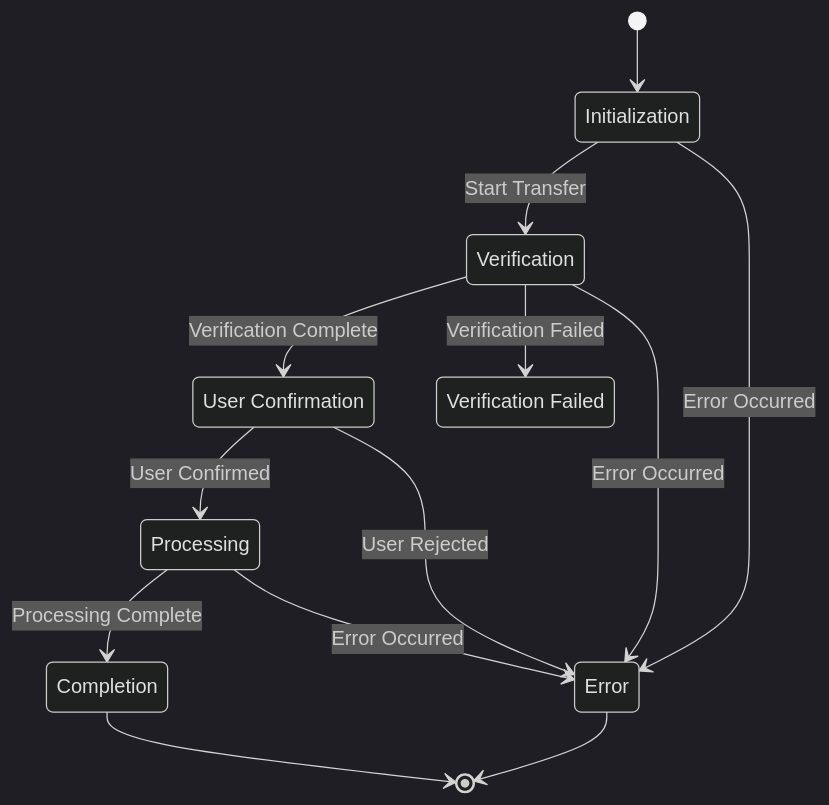
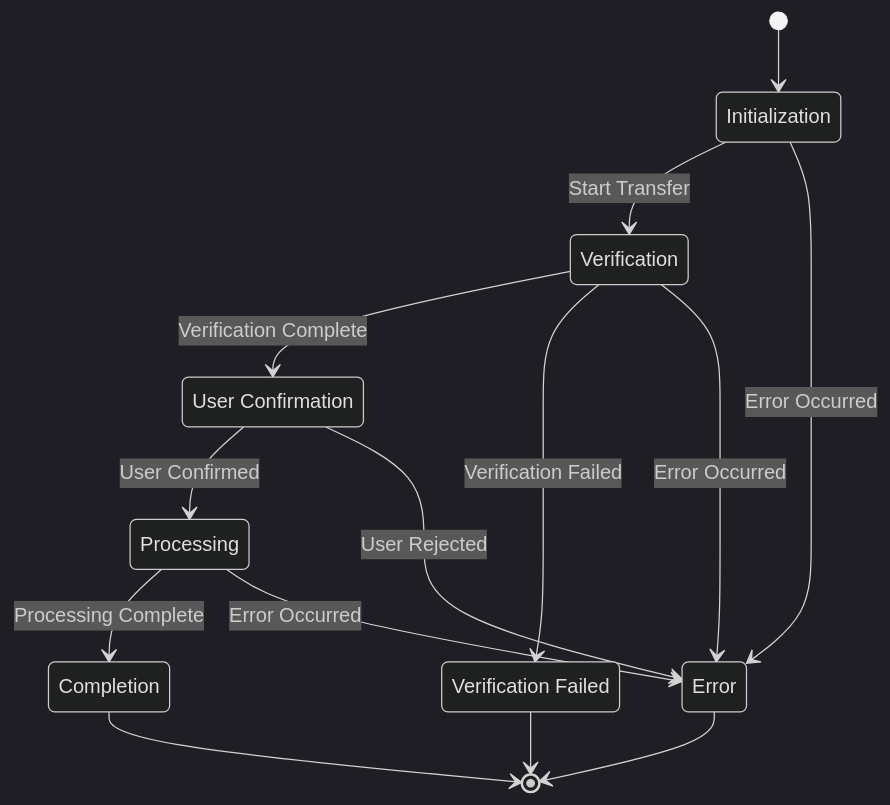
Before and after one commit to middt/finite-state-machine: the diagram in diagrams/money-transfer-state.md, drawn with Mermaid (dark theme). The commit also changed 1 other file, not shown here.

Commit message:
fix end state

````diff
--- a/diagrams/money-transfer-state.md
+++ b/diagrams/money-transfer-state.md
@@ -2,22 +2,23 @@
 ```mermaid
 stateDiagram-v2
     [*] --> init
     init: Initialization
     verify: Verification
     confirm: User Confirmation
     process: Processing
+    verification_failed --> [*]
     verification_failed: Verification Failed
     complete --> [*]
     complete: Completion
     error --> [*]
     error: Error
     init --> verify: Start Transfer
     verify --> confirm: Verification Complete
     confirm --> process: User Confirmed
     confirm --> error: User Rejected
     verify --> verification_failed: Verification Failed
     process --> complete: Processing Complete
     init --> error: Error Occurred
     verify --> error: Error Occurred
     process --> error: Error Occurred
 ```
````
